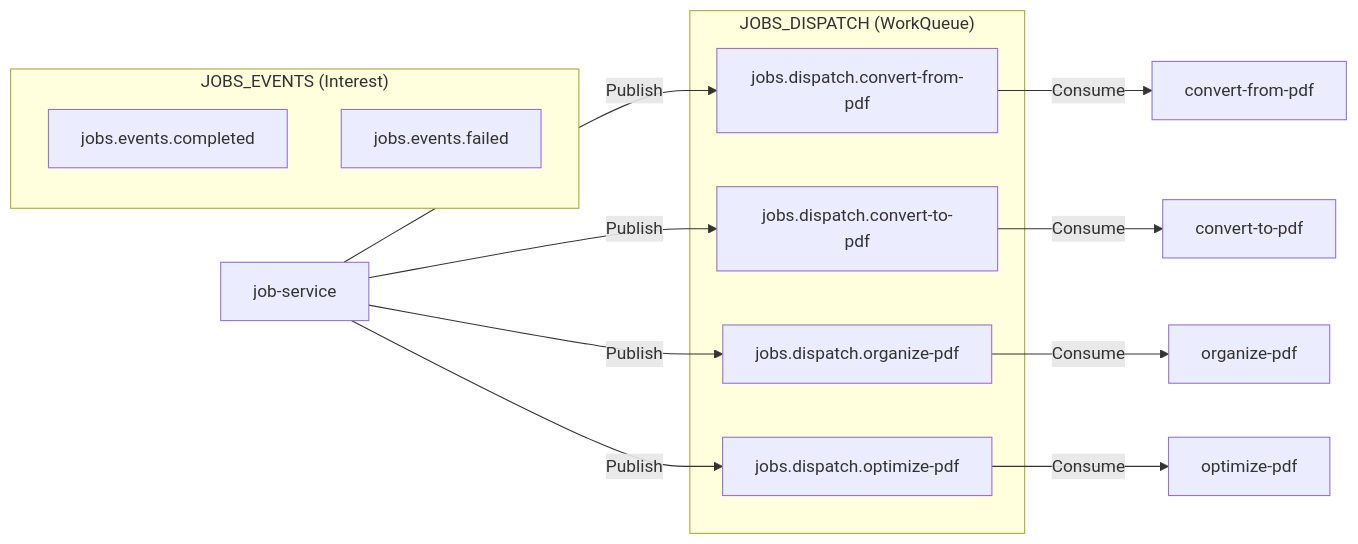
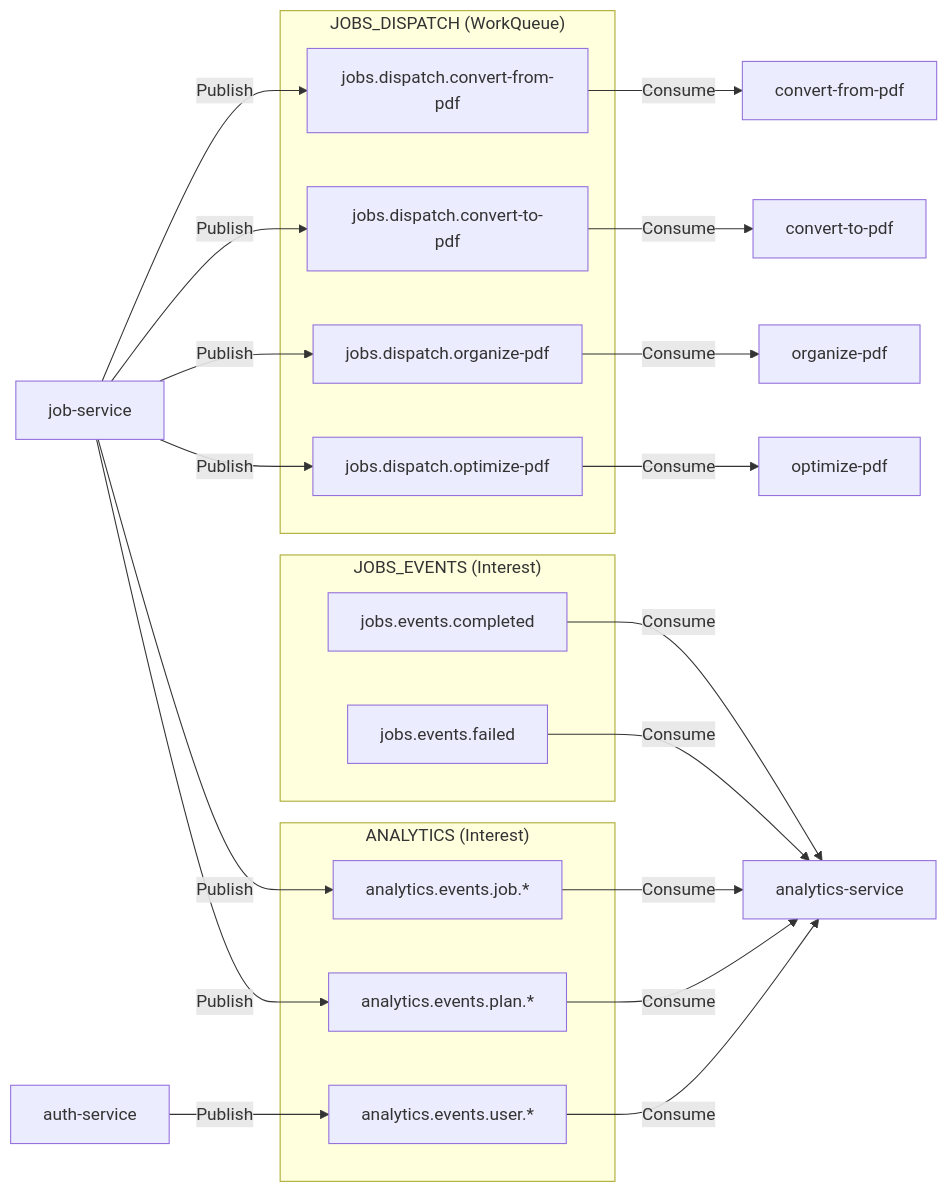
The third of 4 diagrams in docs/mermaid/system-overview.md (Prachidubey2003/fyredocs_backend), drawn with Mermaid before and after one commit. The commit also changed other lines of this file and 35 other files, not shown here.

First line of the commit message:
Add analytics service, business metrics tracking, and role-based admin access

````diff
--- a/docs/mermaid/system-overview.md
+++ b/docs/mermaid/system-overview.md
@@ -101,24 +110,39 @@
 ```mermaid
 graph LR
     subgraph JOBS_DISPATCH["JOBS_DISPATCH (WorkQueue)"]
         D1["jobs.dispatch.convert-from-pdf"]
         D2["jobs.dispatch.convert-to-pdf"]
         D3["jobs.dispatch.organize-pdf"]
         D4["jobs.dispatch.optimize-pdf"]
     end
 
     subgraph JOBS_EVENTS["JOBS_EVENTS (Interest)"]
         E1["jobs.events.completed"]
         E2["jobs.events.failed"]
     end
 
     JS[job-service] -->|Publish| D1
     JS -->|Publish| D2
     JS -->|Publish| D3
     JS -->|Publish| D4
 
+    subgraph ANALYTICS_STREAM["ANALYTICS (Interest)"]
+        A1["analytics.events.user.*"]
+        A2["analytics.events.job.*"]
+        A3["analytics.events.plan.*"]
+    end
+
     D1 -->|Consume| CFP[convert-from-pdf]
     D2 -->|Consume| CTP[convert-to-pdf]
     D3 -->|Consume| ORG[organize-pdf]
     D4 -->|Consume| OPT[optimize-pdf]
+
+    AUTH2[auth-service] -->|Publish| A1
+    JS -->|Publish| A2
+    JS -->|Publish| A3
+    A1 -->|Consume| AN[analytics-service]
+    A2 -->|Consume| AN
+    A3 -->|Consume| AN
+    E1 -->|Consume| AN
+    E2 -->|Consume| AN
 ```
````
